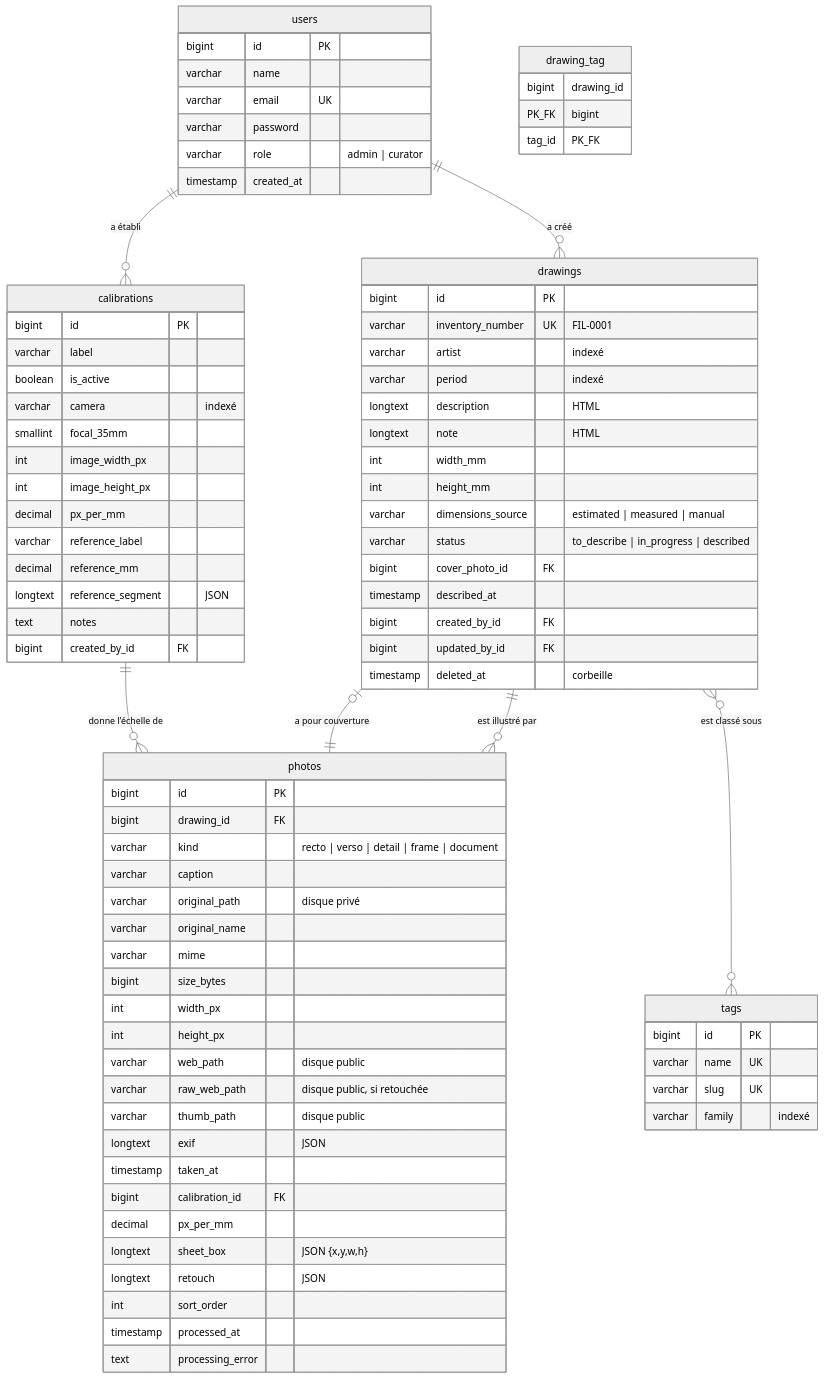
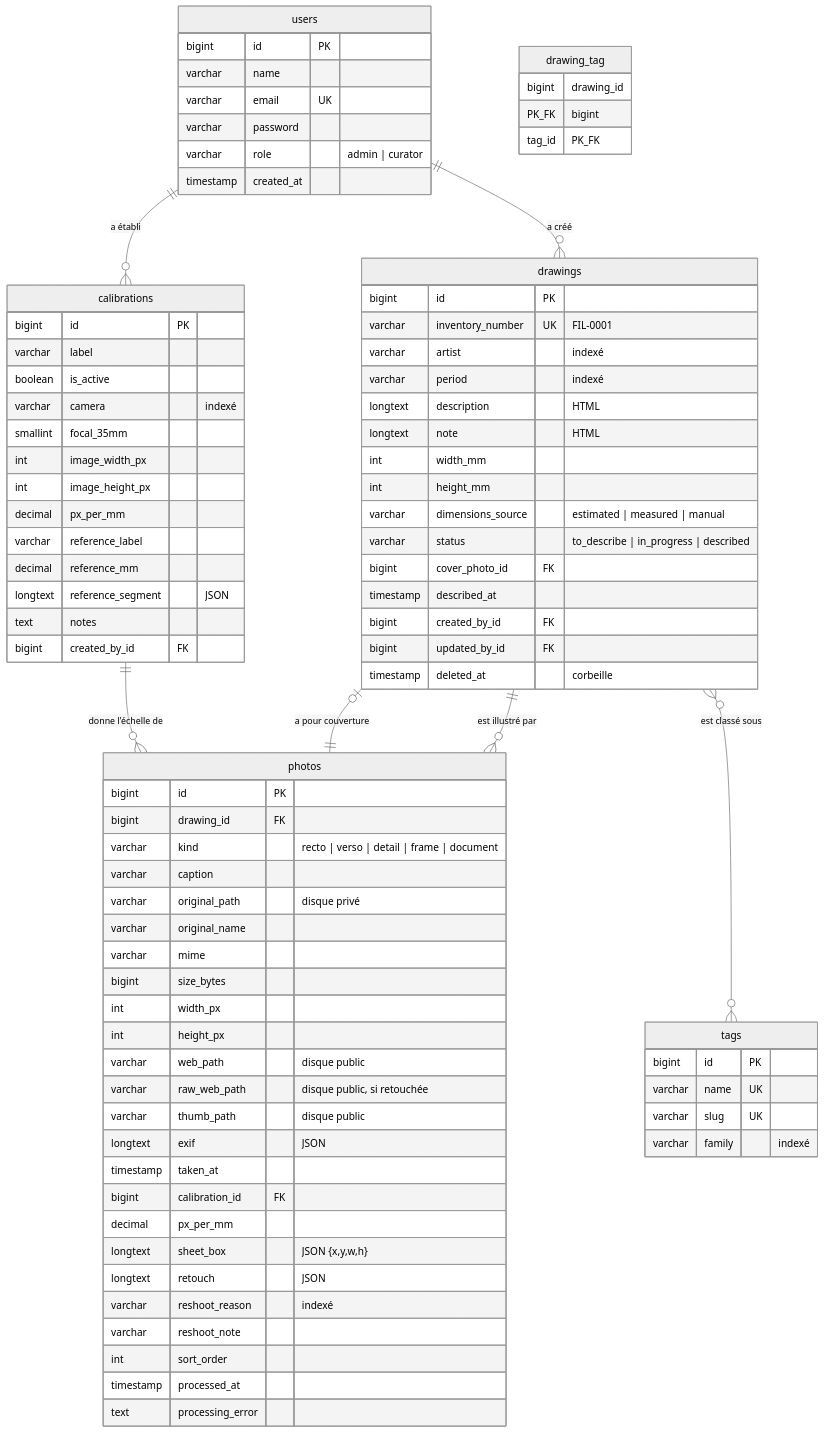
Before and after one commit to vistamedia/filigrane: the diagram in DOCS/01-schema-base-de-donnees.md, drawn with Mermaid (neutral theme). The commit also changed other lines of this file and 30 other files, not shown here.

```diff
--- a/DOCS/01-schema-base-de-donnees.md
+++ b/DOCS/01-schema-base-de-donnees.md
@@ -64,6 +64,8 @@
         decimal px_per_mm
         longtext sheet_box "JSON {x,y,w,h}"
         longtext retouch "JSON"
+        varchar reshoot_reason "indexé"
+        varchar reshoot_note
         int sort_order
         timestamp processed_at
         text processing_error
```
